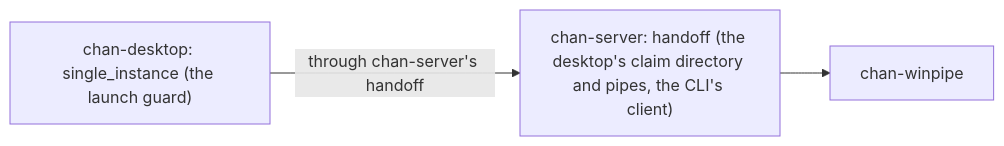
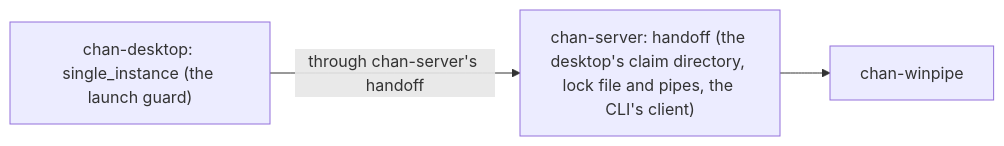
The diagram in crates/chan-winpipe/design.md (fiorix/chan), drawn with Mermaid before and after one commit. The commit also changed other lines of this file and 18 other files, not shown here.

````diff
--- a/crates/chan-winpipe/design.md
+++ b/crates/chan-winpipe/design.md
@@ -7,8 +7,8 @@
 ```mermaid
 flowchart LR
   Wp["chan-winpipe"]
-  Handoff["chan-server: handoff (the desktop's claim directory and pipes, the CLI's client)"]
+  Handoff["chan-server: handoff (the desktop's claim directory, lock file and pipes, the CLI's client)"]
   Desktop["chan-desktop: single_instance (the launch guard)"]
   Handoff --> Wp
   Desktop -->|"through chan-server's handoff"| Handoff
 ```
````
